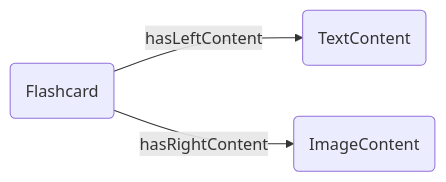
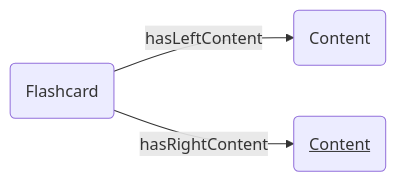
Before and after one commit to Explik/diybirdyapp: the tenth of 17 diagrams in docs/graph-representation.md, drawn with Mermaid. The commit also changed other lines of this file, not shown here.

Commit message:
Updating graph representation documentation before a larger refactor

````diff
--- a/docs/graph-representation.md
+++ b/docs/graph-representation.md
@@ -116,9 +136,9 @@
 ```mermaid
 graph LR
 V1(Flashcard)
-V2(TextContent)
-V3(ImageContent)
+V2(<T> Content)
+V3(<U> Content)
 
 V1--hasLeftContent-->V2
 V1--hasRightContent-->V3
 ```
````
